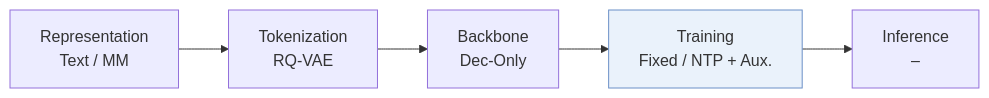
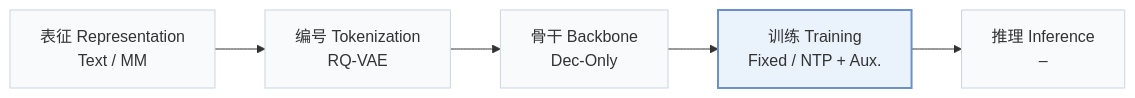
The first of 2 diagrams in pages/zh/papers/haste.md (Galaxy-ghost/Awesome-SID-Generative-Rec), drawn with Mermaid before and after one commit. The commit also changed other lines of this file and 649 other files, not shown here.

Commit message:
writer-05: also tags and modality index (schema, check, build, visuals); summary field removed; calibration data for 12 papers

````diff
--- a/pages/zh/papers/haste.md
+++ b/pages/zh/papers/haste.md
@@ -13,6 +15,8 @@
 ```mermaid
 flowchart LR
-    R["Representation<br/>Text / MM"] --> T["Tokenization<br/>RQ-VAE"] --> B["Backbone<br/>Dec-Only"] --> TR["Training<br/>Fixed / NTP + Aux."] --> I["Inference<br/>–"]
-    classDef main fill:#eaf2fb,stroke:#6b8fc7
+    R["表征 Representation<br/>Text / MM"] --> T["编号 Tokenization<br/>RQ-VAE"] --> B["骨干 Backbone<br/>Dec-Only"] --> TR["训练 Training<br/>Fixed / NTP + Aux."] --> I["推理 Inference<br/>–"]
+    classDef base fill:#f8fafc,stroke:#cbd5e1
+    class R,T,B,TR,I base
+    classDef main fill:#eaf2fb,stroke:#6b8fc7,stroke-width:2px
     class TR main
 ```
````
